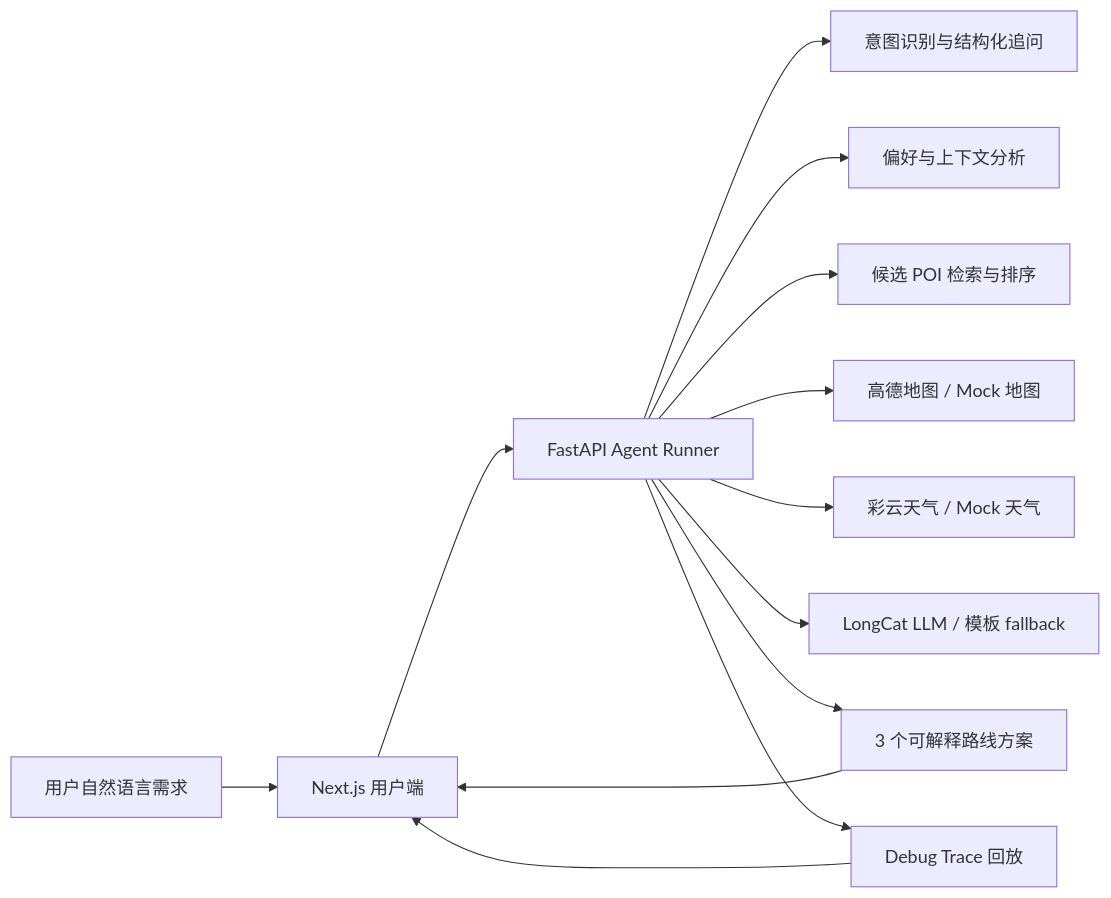
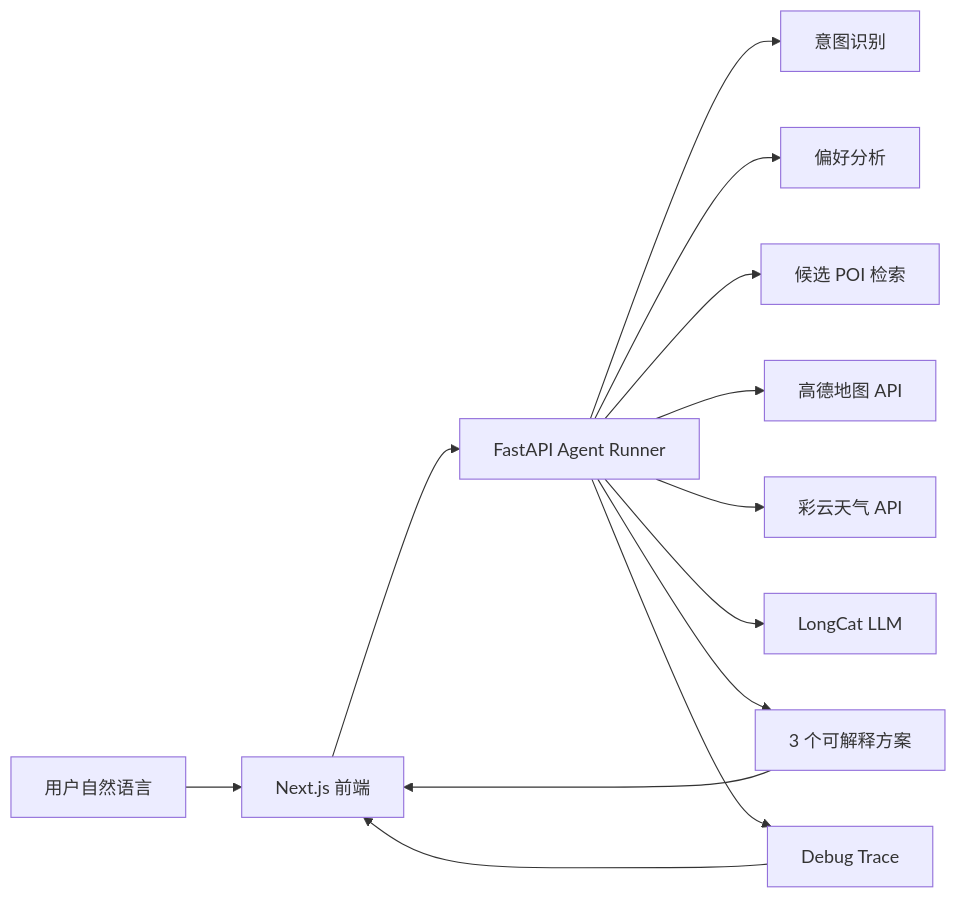
The diagram in README.md (PositiveBoy/DZUltra-Introduction), drawn with Mermaid before and after one commit. The commit also changed other lines of this file and 8 other files, not shown here.

First line of the commit message:
docs: 重写 README 为面向评委的专业展示文档，加入产品截图

````diff
--- a/README.md
+++ b/README.md
@@ -64,15 +77,15 @@
 ```mermaid
 flowchart LR
-  U["用户自然语言需求"] --> W["Next.js 用户端"]
+  U["用户自然语言"] --> W["Next.js 前端"]
   W --> A["FastAPI Agent Runner"]
-  A --> I["意图识别与结构化追问"]
-  A --> P["偏好与上下文分析"]
-  A --> R["候选 POI 检索与排序"]
-  A --> M["高德地图 / Mock 地图"]
-  A --> T["彩云天气 / Mock 天气"]
-  A --> L["LongCat LLM / 模板 fallback"]
-  A --> O["3 个可解释路线方案"]
-  A --> D["Debug Trace 回放"]
+  A --> I["意图识别"]
+  A --> P["偏好分析"]
+  A --> R["候选 POI 检索"]
+  A --> M["高德地图 API"]
+  A --> T["彩云天气 API"]
+  A --> L["LongCat LLM"]
+  A --> O["3 个可解释方案"]
+  A --> D["Debug Trace"]
   O --> W
   D --> W
 ```
````
